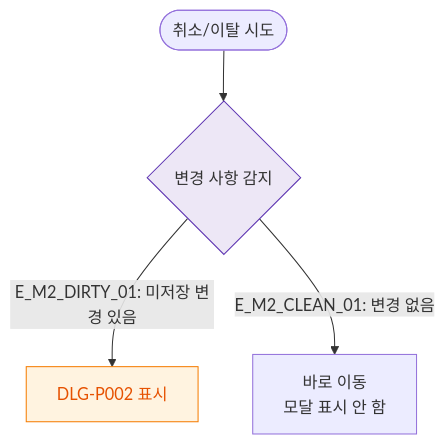
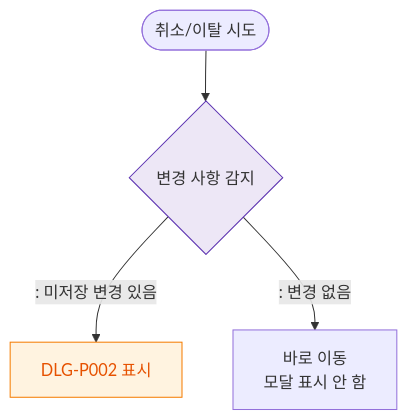
The diagram in docs/다이어그램/D05_상품관리/DLG/DLG-P002_작업취소확인/M2_필드검증.md (dev-spogym/admin-pando), drawn with Mermaid before and after one commit. The commit also changed other lines of this file and 1660 other files, not shown here.

First line of the commit message:
다이어그램: 기획자/클라이언트 납품본으로 정리

````diff
--- a/docs/다이어그램/D05_상품관리/DLG/DLG-P002_작업취소확인/M2_필드검증.md
+++ b/docs/다이어그램/D05_상품관리/DLG/DLG-P002_작업취소확인/M2_필드검증.md
@@ -16,11 +14,11 @@
 ```mermaid
 flowchart TD
     TRIGGER([취소/이탈 시도]) --> DirtyCheck{변경 사항 감지}
-    DirtyCheck -->|"E_M2_DIRTY_01: 미저장 변경 있음"| ShowModal[DLG-P002 표시]
-    DirtyCheck -->|"E_M2_CLEAN_01: 변경 없음"| DirectLeave[바로 이동\n모달 표시 안 함]
+    DirtyCheck -->|": 미저장 변경 있음"|ShowModal[DLG-P002 표시]
+    DirtyCheck -->|": 변경 없음"|DirectLeave[바로 이동\n모달 표시 안 함]
 
     classDef modal fill:#FFF3E0,stroke:#F57C00,color:#E65100
     classDef system fill:#EDE7F6,stroke:#5E35B2
     class ShowModal modal
     class DirtyCheck system
 ```
````
